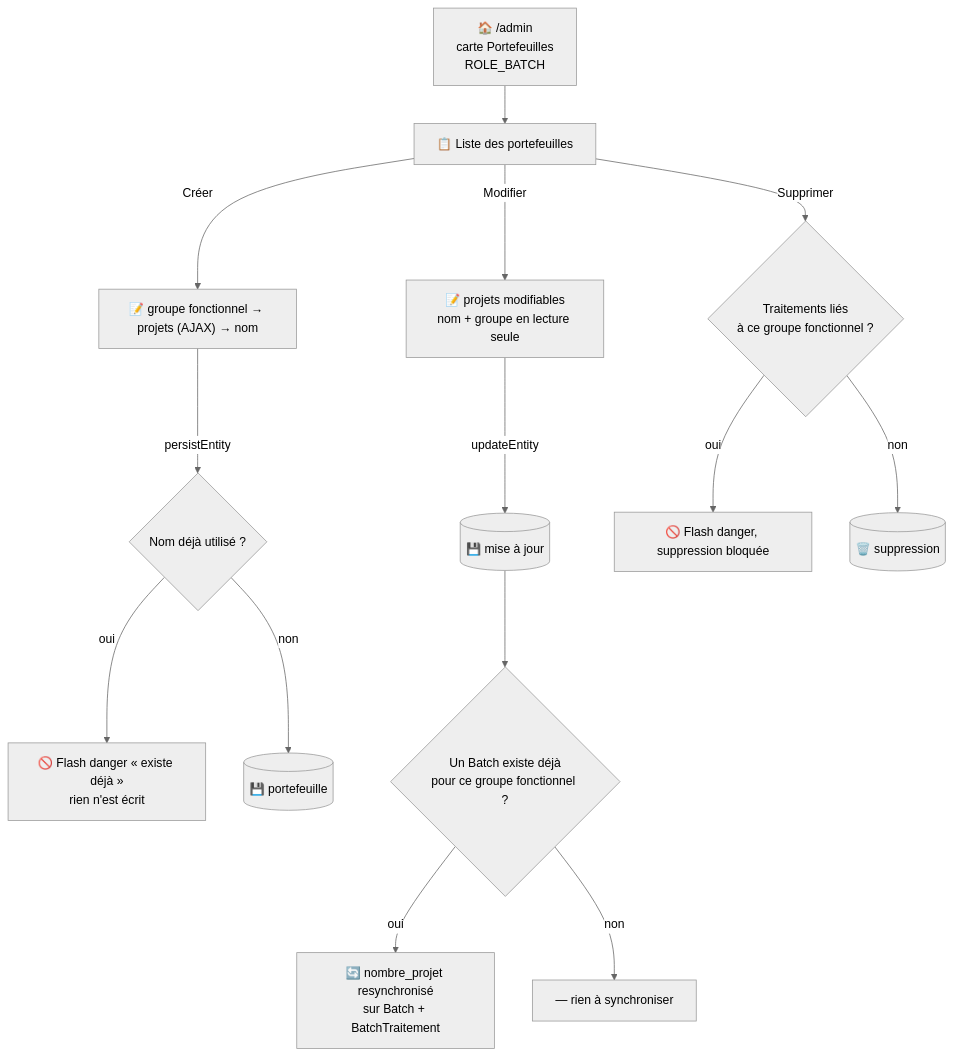
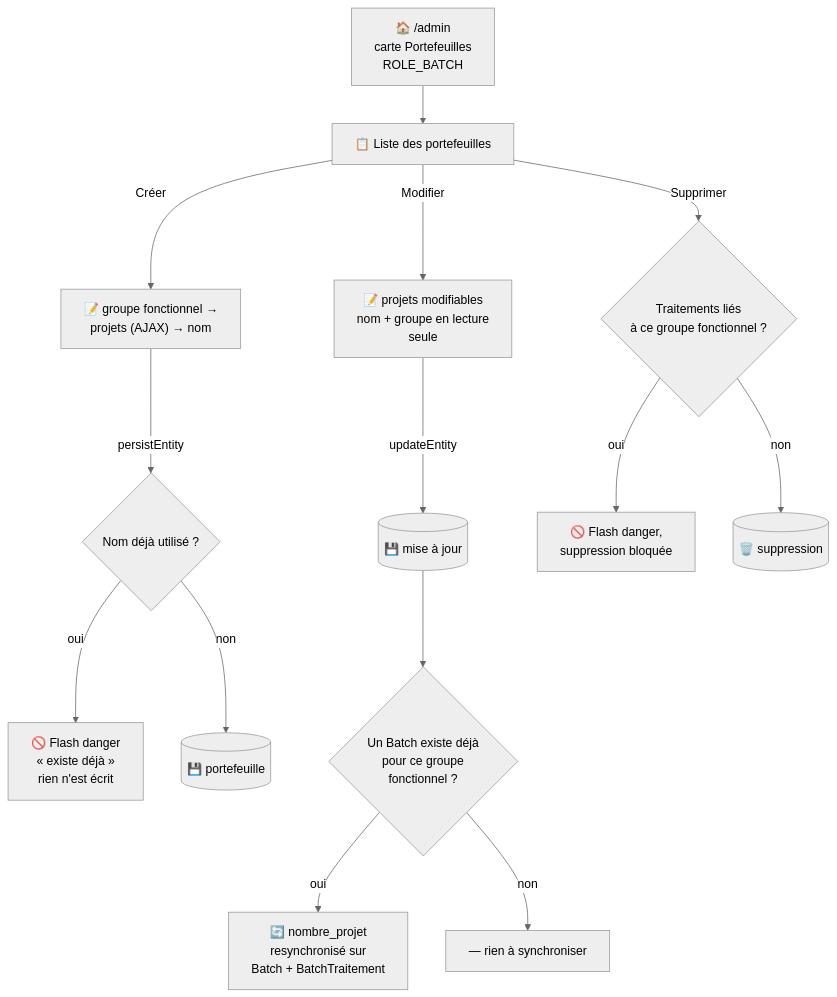
One commit to Laurent-hadjadj/ma-moulinette changed the diagram in mkDocs/docs/ma-moulinette/back-office/portefeuille.md. Above: the diagram before and after it, drawn with Mermaid (neutral theme). The commit also changed other lines of this file, not shown here.

Commit message:
Doc: Ajout de la note sur le contrôle du role autorisé sur le controller..

````diff
--- a/mkDocs/docs/ma-moulinette/back-office/portefeuille.md
+++ b/mkDocs/docs/ma-moulinette/back-office/portefeuille.md
@@ -7,19 +7,19 @@
 ```mermaid
 flowchart TD
     Home["🏠 /admin<br/>carte Portefeuilles<br/>ROLE_BATCH"] --> Index["📋 Liste des portefeuilles"]
 
-    Index -->|Créer| FormNew["📝 groupe fonctionnel → projets (AJAX) → nom"]
+    Index -->|Créer| FormNew["📝 groupe fonctionnel →<br> projets (AJAX) → nom"]
     FormNew -->|persistEntity| CheckNew{"Nom déjà utilisé ?"}
-    CheckNew -->|oui| FlashNew["🚫 Flash danger « existe déjà »<br/>rien n'est écrit"]
+    CheckNew -->|oui| FlashNew["🚫 Flash danger <br>« existe déjà »<br/>rien n'est écrit"]
     CheckNew -->|non| SaveNew[("💾 portefeuille")]
 
-    Index -->|Modifier| FormEdit["📝 projets modifiables<br/>nom + groupe en lecture seule"]
+    Index -->|Modifier| FormEdit["📝 projets modifiables<br/>nom + groupe en lecture<br> seule"]
     FormEdit -->|updateEntity| SaveEdit[("💾 mise à jour")]
-    SaveEdit --> SyncBatch{"Un Batch existe déjà<br/>pour ce groupe fonctionnel ?"}
-    SyncBatch -->|oui| Sync["🔄 nombre_projet resynchronisé<br/>sur Batch + BatchTraitement"]
+    SaveEdit --> SyncBatch{"Un Batch existe déjà<br/>pour ce groupe<br> fonctionnel ?"}
+    SyncBatch -->|oui| Sync["🔄 nombre_projet <br>resynchronisé sur<br> Batch + BatchTraitement"]
     SyncBatch -->|non| NoSync["— rien à synchroniser"]
 
     Index -->|Supprimer| CheckDelete{"Traitements liés<br/>à ce groupe fonctionnel ?"}
-    CheckDelete -->|oui| FlashDelete["🚫 Flash danger, suppression bloquée"]
+    CheckDelete -->|oui| FlashDelete["🚫 Flash danger,<br> suppression bloquée"]
     CheckDelete -->|non| DoDelete[("🗑️ suppression")]
 ```
````
